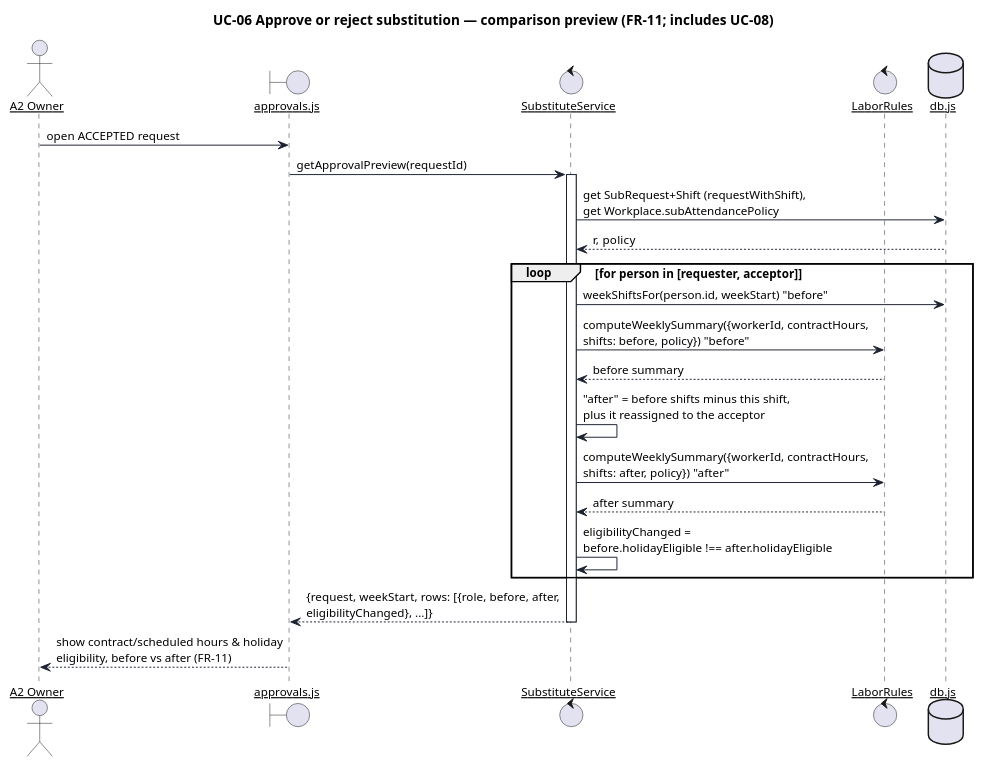
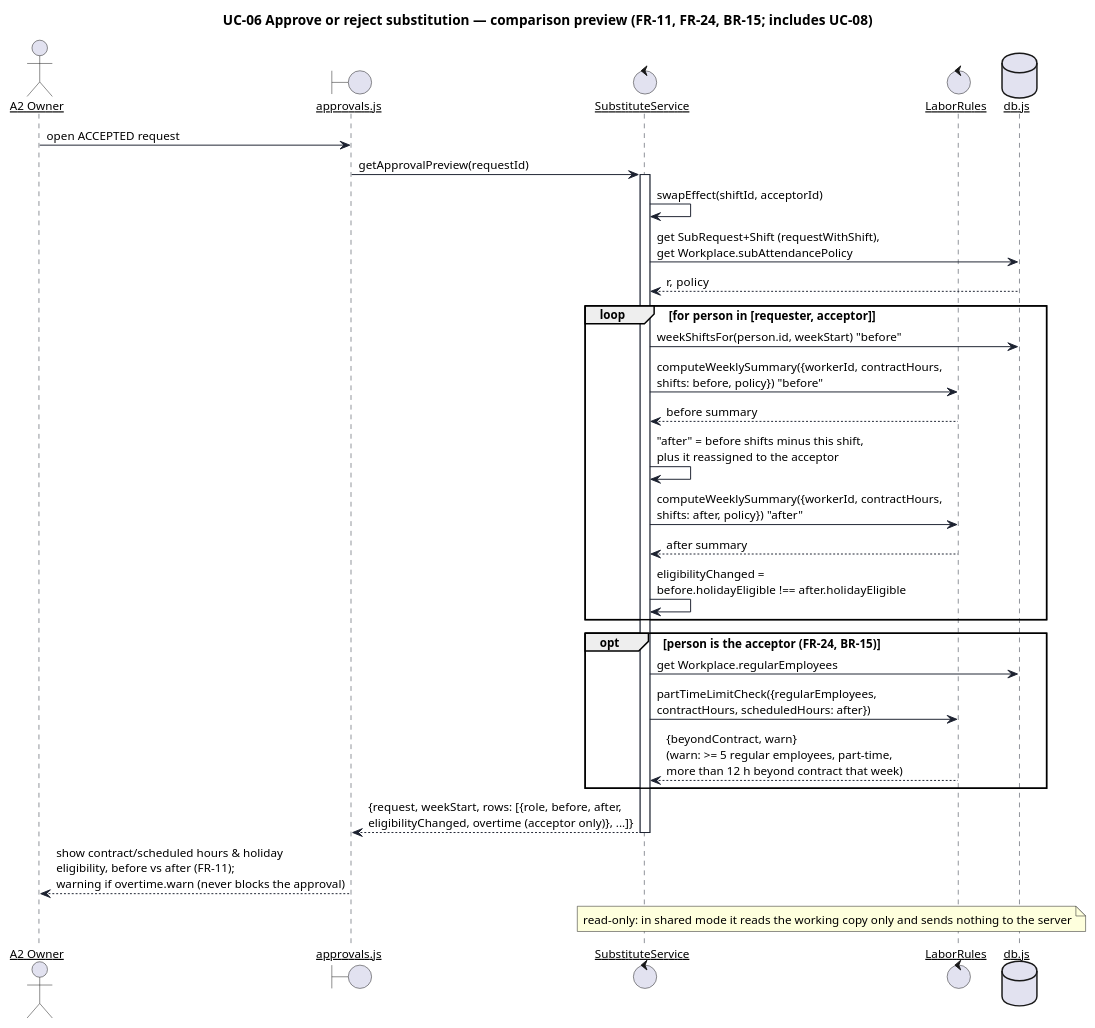
One commit to keemlogan/shiftswap changed the diagram in uml/src/seq-3-approve-preview.puml. Above: the diagram before and after it, drawn with PlantUML. The commit also changed 64 other files, not shown here.

First line of the commit message:
UML and screenshots for iteration 8; S10 check of the BR-15 warning

```diff
--- a/uml/src/seq-3-approve-preview.puml
+++ b/uml/src/seq-3-approve-preview.puml
@@ -1,45 +1,54 @@
 @startuml seq-3-approve-preview
 skinparam defaultFontName "Helvetica"
 skinparam defaultFontSize 12
 skinparam shadowing false
 skinparam backgroundColor #FFFFFF
 skinparam sequenceArrowThickness 1
 skinparam sequenceParticipant underline
 skinparam participant {
   BackgroundColor #FFFFFF
   BorderColor #1C2230
 }
 skinparam sequence {
   LifeLineBorderColor #1C2230
   ArrowColor #1C2230
   BoxBorderColor #1C2230
 }
 
-title UC-06 Approve or reject substitution — comparison preview (FR-11; includes UC-08)
+title UC-06 Approve or reject substitution — comparison preview (FR-11, FR-24, BR-15; includes UC-08)
 
 actor "A2 Owner" as Owner
 boundary "approvals.js" as UI
 control "SubstituteService" as Svc
 control "LaborRules" as Rules
 database "db.js" as DB
 
 Owner -> UI : open ACCEPTED request
 UI -> Svc : getApprovalPreview(requestId)
 activate Svc
+Svc -> Svc : swapEffect(shiftId, acceptorId)
 Svc -> DB : get SubRequest+Shift (requestWithShift),\nget Workplace.subAttendancePolicy
 DB --> Svc : r, policy
 
 loop for person in [requester, acceptor]
   Svc -> DB : weekShiftsFor(person.id, weekStart) "before"
   Svc -> Rules : computeWeeklySummary({workerId, contractHours,\nshifts: before, policy}) "before"
   Rules --> Svc : before summary
   Svc -> Svc : "after" = before shifts minus this shift,\nplus it reassigned to the acceptor
   Svc -> Rules : computeWeeklySummary({workerId, contractHours,\nshifts: after, policy}) "after"
   Rules --> Svc : after summary
   Svc -> Svc : eligibilityChanged =\nbefore.holidayEligible !== after.holidayEligible
 end
 
-Svc --> UI : {request, weekStart, rows: [{role, before, after,\neligibilityChanged}, ...]}
+opt person is the acceptor (FR-24, BR-15)
+  Svc -> DB : get Workplace.regularEmployees
+  Svc -> Rules : partTimeLimitCheck({regularEmployees,\ncontractHours, scheduledHours: after})
+  Rules --> Svc : {beyondContract, warn}\n(warn: >= 5 regular employees, part-time,\nmore than 12 h beyond contract that week)
+end
+
+Svc --> UI : {request, weekStart, rows: [{role, before, after,\neligibilityChanged, overtime (acceptor only)}, ...]}
 deactivate Svc
-UI --> Owner : show contract/scheduled hours & holiday\neligibility, before vs after (FR-11)
+UI --> Owner : show contract/scheduled hours & holiday\neligibility, before vs after (FR-11);\nwarning if overtime.warn (never blocks the approval)
+
+note over Svc, DB : read-only: in shared mode it reads the working copy only and sends nothing to the server
 @enduml
```
